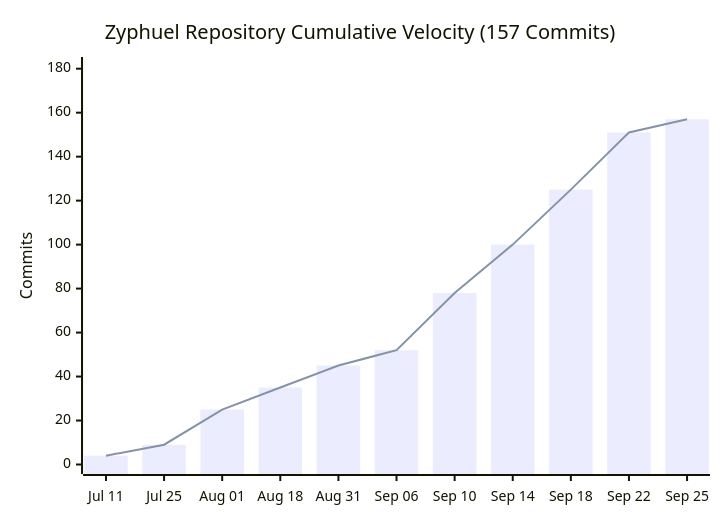
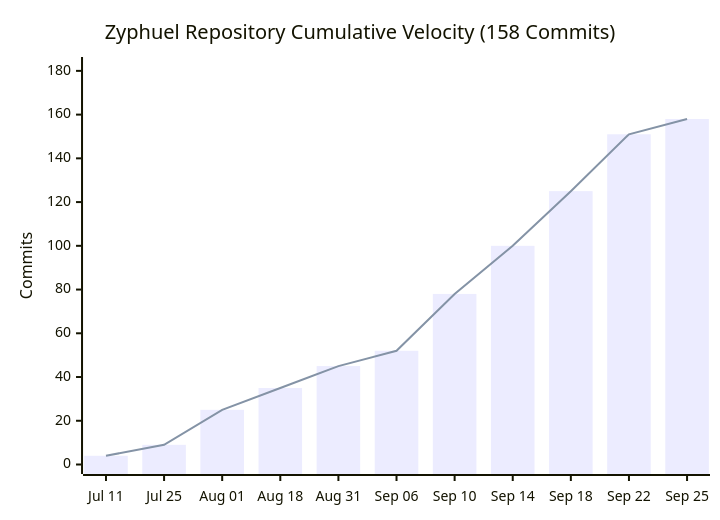
One commit to daniyal44/Zyphuel changed the diagram in README.md. Above: the diagram before and after it, drawn with Mermaid. The commit also changed other lines of this file and 43 other files, not shown here.

````diff
--- a/README.md
+++ b/README.md
@@ -155,8 +155,8 @@
 ```mermaid
 xychart-beta
-    title "Zyphuel Repository Cumulative Velocity (157 Commits)"
+    title "Zyphuel Repository Cumulative Velocity (158 Commits)"
     x-axis ["Jul 11", "Jul 25", "Aug 01", "Aug 18", "Aug 31", "Sep 06", "Sep 10", "Sep 14", "Sep 18", "Sep 22", "Sep 25"]
-    y-axis "Commits" 0 --> 181
-    bar [4, 9, 25, 35, 45, 52, 78, 100, 125, 151, 157]
-    line [4, 9, 25, 35, 45, 52, 78, 100, 125, 151, 157]
+    y-axis "Commits" 0 --> 182
+    bar [4, 9, 25, 35, 45, 52, 78, 100, 125, 151, 158]
+    line [4, 9, 25, 35, 45, 52, 78, 100, 125, 151, 158]
 ```
````
